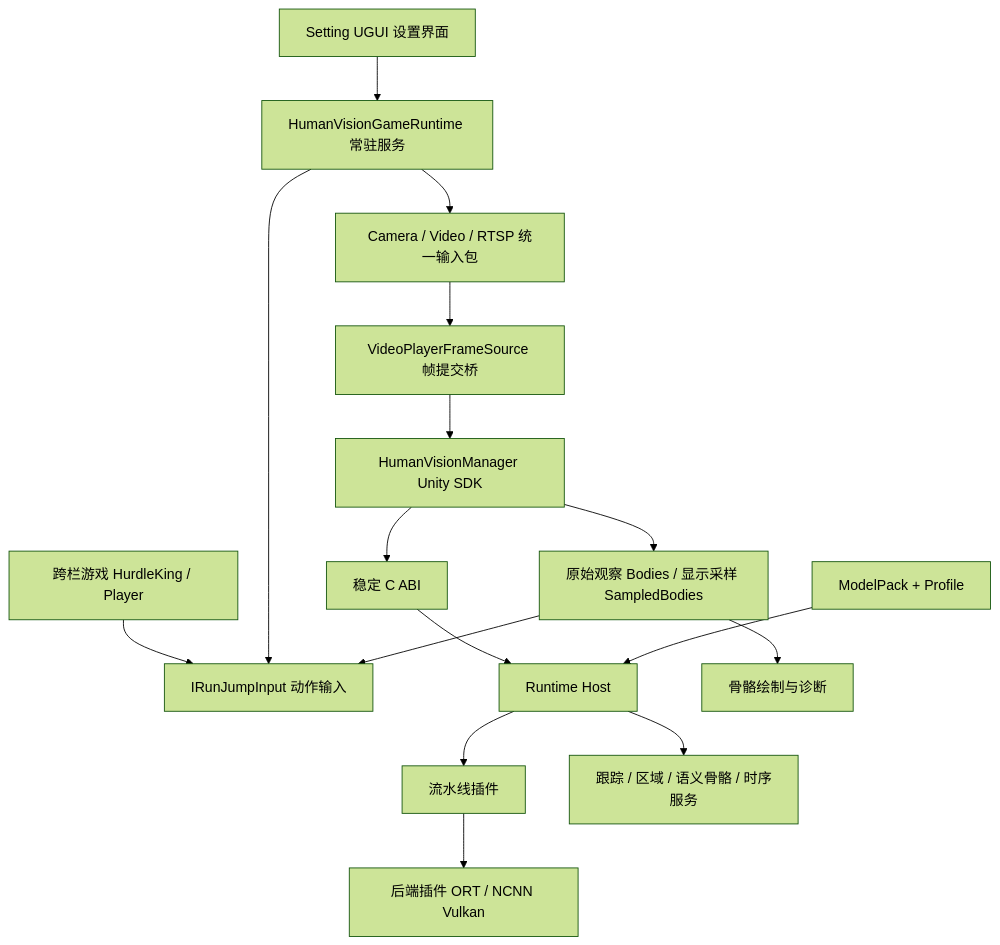
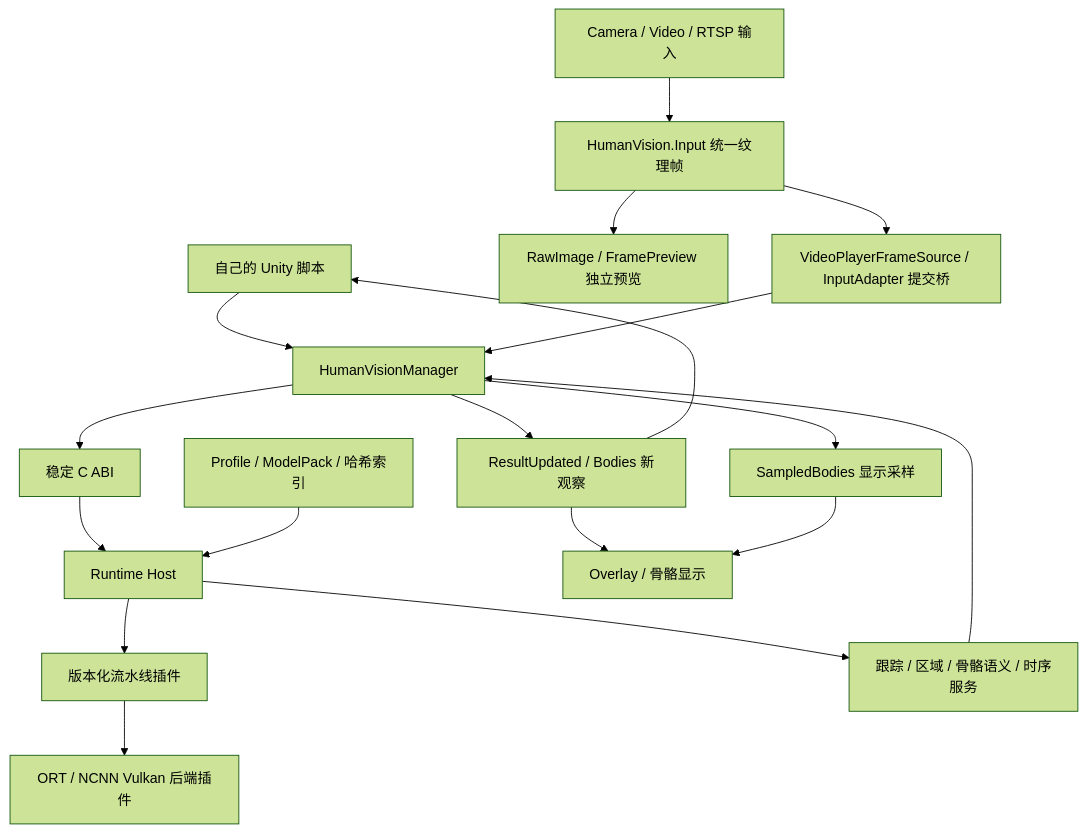
Before and after one commit to blaze-tc/Human-Vision-SDK: the diagram in docs/user-guide/TECH_STACK.md, drawn with Mermaid (forest theme). The commit also changed other lines of this file and 17 other files, not shown here.

Commit message:
docs: guide first SDK use in a new Unity project

````diff
--- a/docs/user-guide/TECH_STACK.md
+++ b/docs/user-guide/TECH_STACK.md
@@ -7,18 +7,20 @@
 ```mermaid
 flowchart TD
-    G[跨栏游戏 HurdleKing / Player] --> A[IRunJumpInput 动作输入]
-    UI[Setting UGUI 设置界面] --> P[HumanVisionGameRuntime 常驻服务]
-    P --> A
-    P --> S[Camera / Video / RTSP 统一输入包]
-    S --> B[VideoPlayerFrameSource 帧提交桥]
-    B --> M[HumanVisionManager Unity SDK]
+    A[自己的 Unity 脚本] --> M[HumanVisionManager]
+    S[Camera / Video / RTSP 输入] --> I[HumanVision.Input 统一纹理帧]
+    I --> P[RawImage / FramePreview 独立预览]
+    I --> B[VideoPlayerFrameSource / InputAdapter 提交桥]
+    B --> M
     M --> C[稳定 C ABI]
     C --> H[Runtime Host]
-    H --> PL[流水线插件]
-    PL --> BE[后端插件 ORT / NCNN Vulkan]
-    H --> CO[跟踪 / 区域 / 语义骨骼 / 时序服务]
-    MP[ModelPack + Profile] --> H
-    M --> O[原始观察 Bodies / 显示采样 SampledBodies]
-    O --> A
-    O --> R[骨骼绘制与诊断]
+    H --> PL[版本化流水线插件]
+    PL --> BE[ORT / NCNN Vulkan 后端插件]
+    MP[Profile / ModelPack / 哈希索引] --> H
+    H --> CO[跟踪 / 区域 / 骨骼语义 / 时序服务]
+    CO --> M
+    M --> R[ResultUpdated / Bodies 新观察]
+    M --> D[SampledBodies 显示采样]
+    R --> A
+    R --> O[Overlay / 骨骼显示]
+    D --> O
 ```
````
